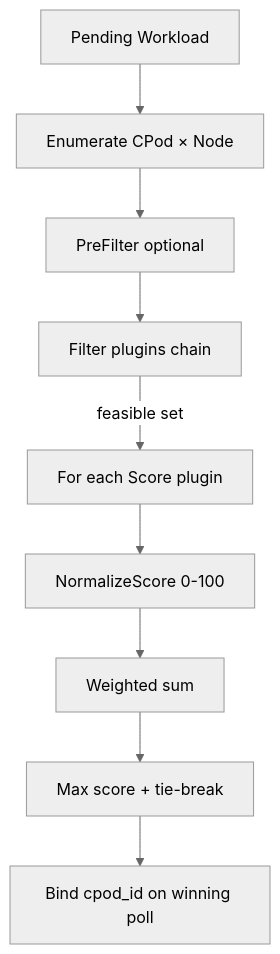
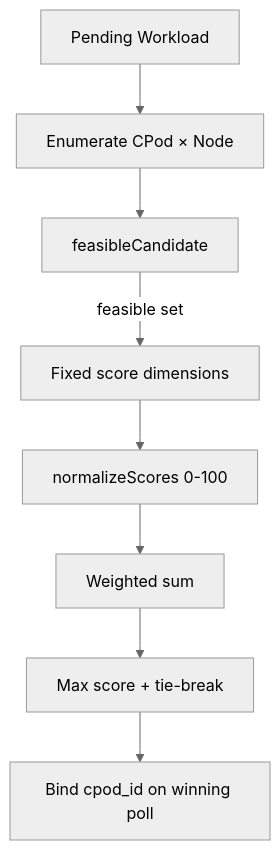
The second of 3 diagrams in docs/GLOBAL_SCHEDULER_SCORING.md (justicezyx/3k), drawn with Mermaid (neutral theme) before and after one commit. The commit also changed other lines of this file and 8 other files, not shown here.

````diff
--- a/docs/GLOBAL_SCHEDULER_SCORING.md
+++ b/docs/GLOBAL_SCHEDULER_SCORING.md
@@ -117,11 +114,10 @@
 ```mermaid
 flowchart TB
   Q[Pending Workload] --> E[Enumerate CPod × Node]
-  E --> PF[PreFilter optional]
-  PF --> FL[Filter plugins chain]
-  FL -->|feasible set| SC[For each Score plugin]
-  SC --> NS[NormalizeScore 0-100]
+  E --> FL[feasibleCandidate]
+  FL -->|feasible set| SC[Fixed score dimensions]
+  SC --> NS[normalizeScores 0-100]
   NS --> SUM[Weighted sum]
   SUM --> PICK[Max score + tie-break]
   PICK --> BIND[Bind cpod_id on winning poll]
 ```
````
